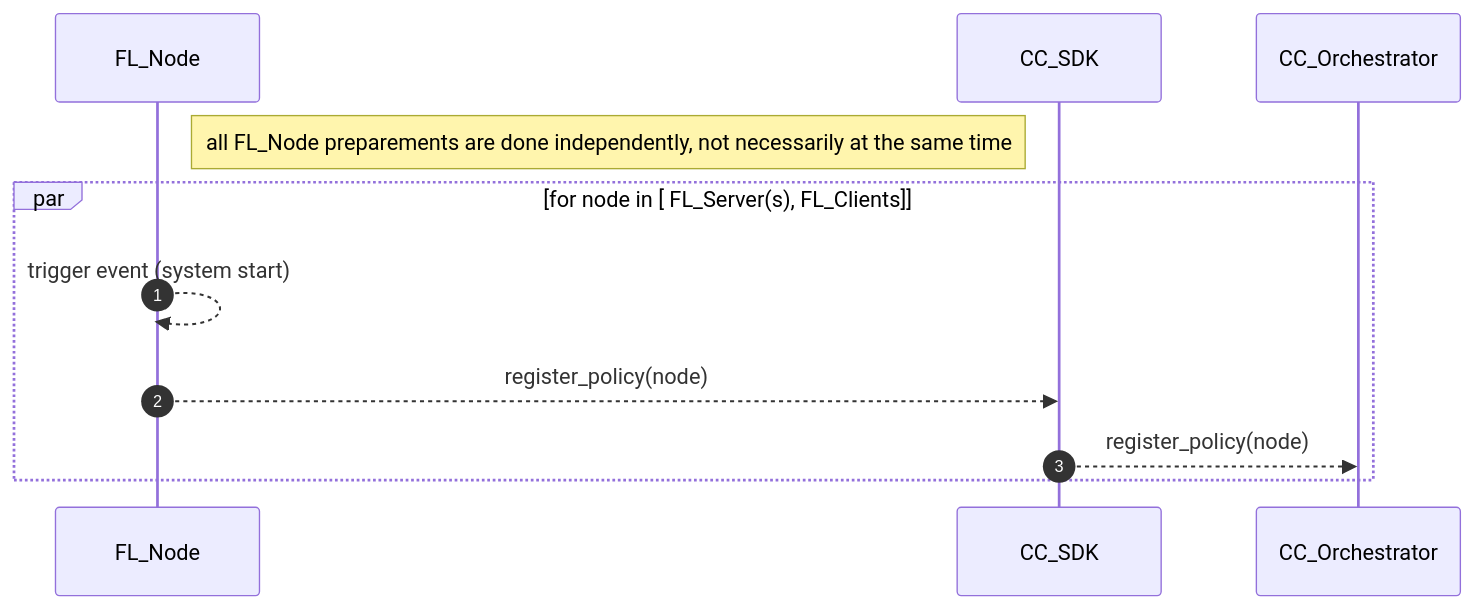
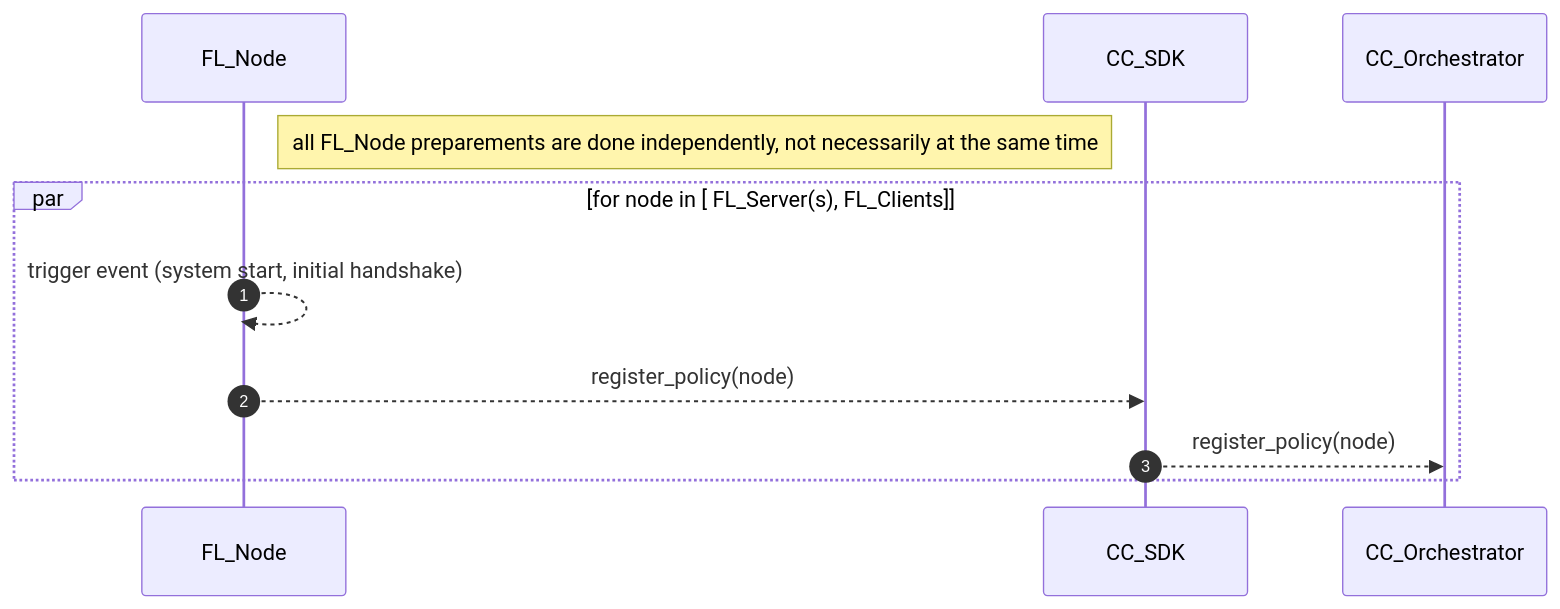
The seventh of 13 diagrams in docs/confidential_computing/detailed_cc_sequence_diagram.md (hitesh-ag1/NVFlare), drawn with Mermaid before and after one commit. The commit also changed other lines of this file, not shown here.

Commit message:
Sequence diagram for CC

````diff
--- a/docs/confidential_computing/detailed_cc_sequence_diagram.md
+++ b/docs/confidential_computing/detailed_cc_sequence_diagram.md
@@ -174,14 +174,14 @@
 ```mermaid
 sequenceDiagram
    autonumber
     participant FL_Node
     participant CC_SDK
     participant CC_Orchestrator
     note right of FL_Node : all FL_Node preparements are done independently, not necessarily at the same time
     par for node in [ FL_Server(s), FL_Clients]
-        FL_Node -->> FL_Node: trigger event (system start) 
+        FL_Node -->> FL_Node: trigger event (system start, initial handshake) 
         FL_Node -->> CC_SDK: register_policy(node)
         CC_SDK -->> CC_Orchestrator: register_policy(node)
     end     
     
 ```
````
